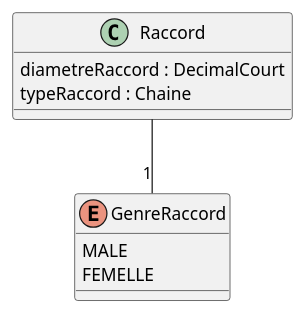
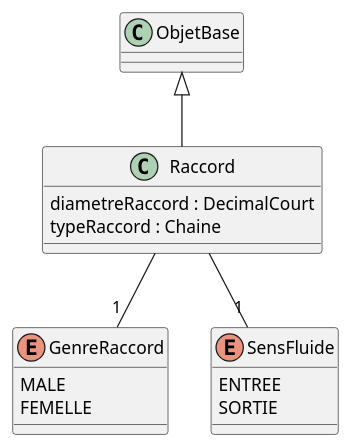
Before and after one commit to beerfactory/brewbox-uml: the diagram in raccord.iuml, drawn with PlantUML. The commit also changed 9 other files, not shown here.

Commit message:
Suppression EntreeFluide et SortieFluide

```diff
--- a/raccord.iuml
+++ b/raccord.iuml
@@ -1,11 +1,18 @@
 class Raccord {
     diametreRaccord : DecimalCourt
     typeRaccord : Chaine
 }
 
 enum GenreRaccord {
     MALE
     FEMELLE
 }
 
+enum SensFluide {
+	ENTREE
+	SORTIE
+}
+
+ObjetBase <|-- Raccord
 Raccord -- "1" GenreRaccord
+Raccord -- "1" SensFluide
```
